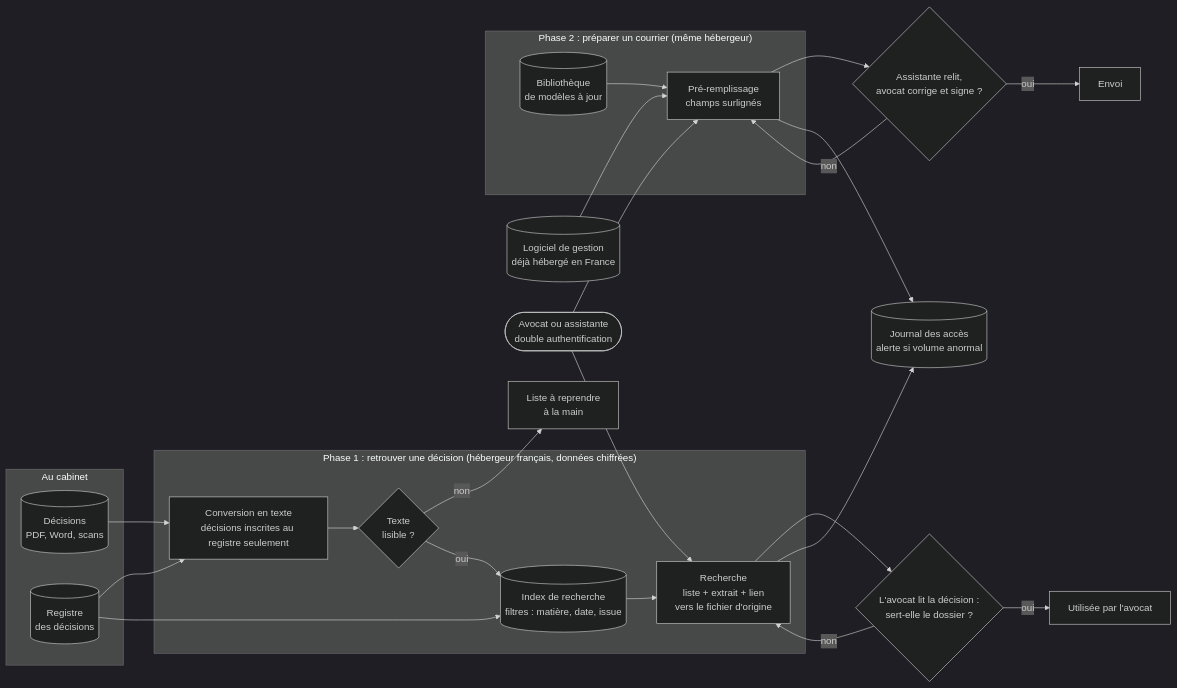
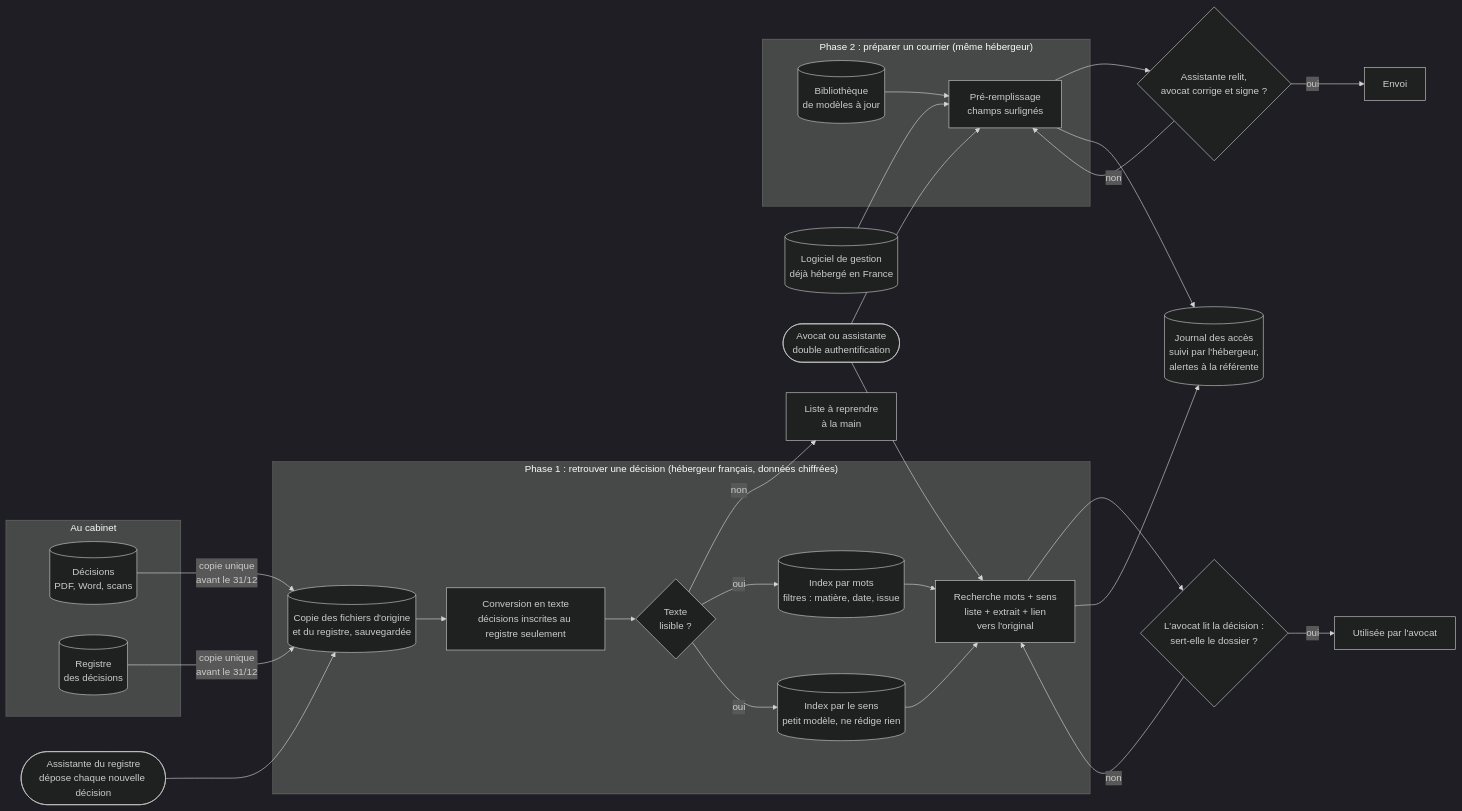
One commit to 3ti3nne/m8-b1-etienne changed the diagram in schema_archi_cible.md. Above: the diagram before and after it, drawn with Mermaid (dark theme). The commit also changed other lines of this file and 3 other files, not shown here.

````diff
--- a/schema_archi_cible.md
+++ b/schema_archi_cible.md
@@ -5,45 +5,51 @@
 ```mermaid
 flowchart LR
     subgraph SRC["Au cabinet"]
         DEC[("Décisions<br/>PDF, Word, scans")]
         REG[("Registre<br/>des décisions")]
     end
+    ASS(["Assistante du registre<br/>dépose chaque nouvelle décision"])
     LGC[("Logiciel de gestion<br/>déjà hébergé en France")]
     USR(["Avocat ou assistante<br/>double authentification"])
 
     subgraph P1["Phase 1 : retrouver une décision (hébergeur français, données chiffrées)"]
+        COP[("Copie des fichiers d'origine<br/>et du registre, sauvegardée")]
         TXT["Conversion en texte<br/>décisions inscrites au registre seulement"]
         LIS{"Texte<br/>lisible ?"}
-        IDX[("Index de recherche<br/>filtres : matière, date, issue")]
-        RECH["Recherche<br/>liste + extrait + lien<br/>vers le fichier d'origine"]
+        MOTS[("Index par mots<br/>filtres : matière, date, issue")]
+        SENS[("Index par le sens<br/>petit modèle, ne rédige rien")]
+        RECH["Recherche mots + sens<br/>liste + extrait + lien<br/>vers l'original"]
     end
 
     subgraph P2["Phase 2 : préparer un courrier (même hébergeur)"]
         MOD[("Bibliothèque<br/>de modèles à jour")]
         REMP["Pré-remplissage<br/>champs surlignés"]
     end
 
-    LOG[("Journal des accès<br/>alerte si volume anormal")]
+    LOG[("Journal des accès<br/>suivi par l'hébergeur,<br/>alertes à la référente")]
 
-    DEC --> TXT
-    REG --> TXT
+    DEC -->|"copie unique<br/>avant le 31/12"| COP
+    REG -->|"copie unique<br/>avant le 31/12"| COP
+    ASS --> COP
+    COP --> TXT
     TXT --> LIS
     LIS -->|non| REP["Liste à reprendre<br/>à la main"]
-    LIS -->|oui| IDX
-    REG --> IDX
+    LIS -->|oui| MOTS
+    LIS -->|oui| SENS
     USR --> RECH
-    IDX --> RECH
+    MOTS --> RECH
+    SENS --> RECH
     RECH --> LECT{"L'avocat lit la décision :<br/>sert-elle le dossier ?"}
     LECT -->|oui| USE["Utilisée par l'avocat"]
     LECT -->|non| RECH
 
     USR --> REMP
     MOD --> REMP
     LGC --> REMP
     REMP --> SIG{"Assistante relit,<br/>avocat corrige et signe ?"}
     SIG -->|oui| ENV["Envoi"]
     SIG -->|non| REMP
 
     RECH --> LOG
     REMP --> LOG
 ```
````
